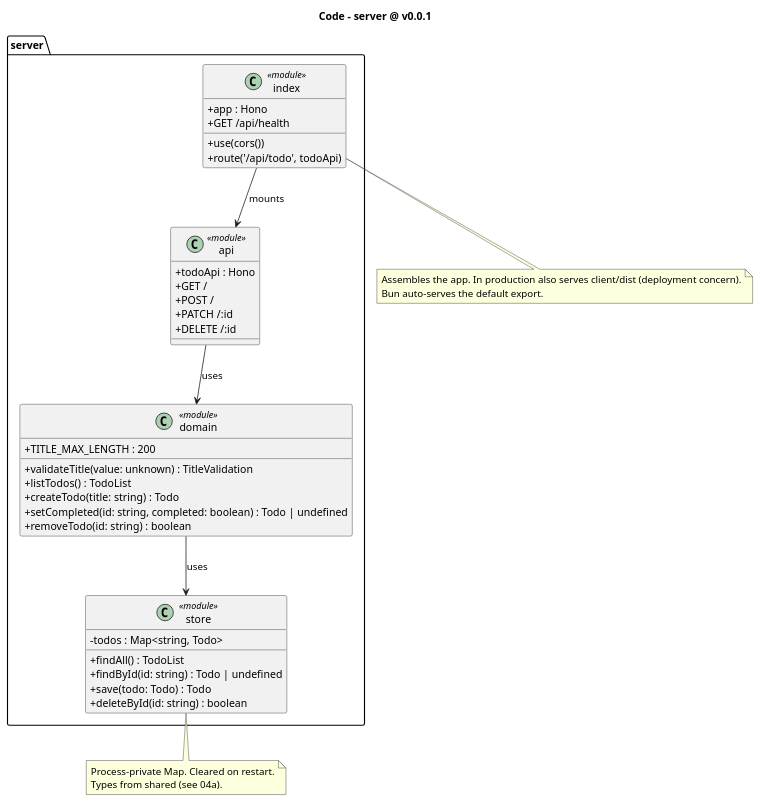
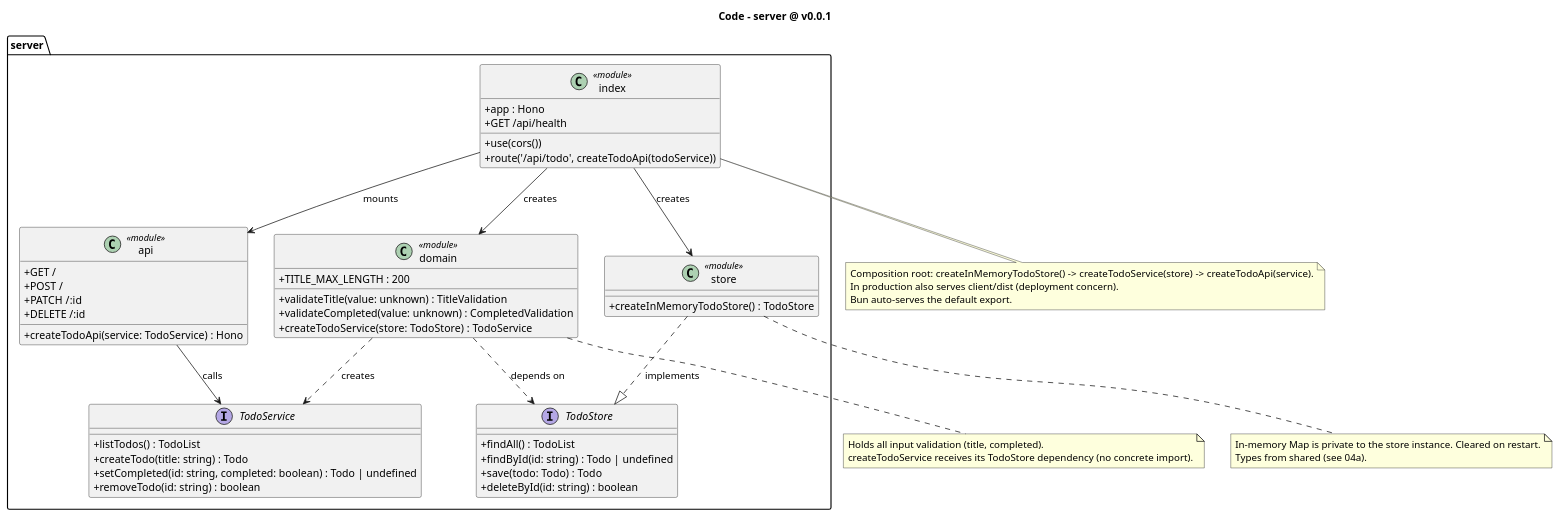
The diagram in docs/architecture/diagrams/04b-code-server.puml (MemoryIt/todo), drawn with PlantUML before and after one commit. The commit also changed 2 other files, not shown here.

Commit message:
docs(diagrams): sync server diagrams with domain/store decoupling
- 04b-code-server: model TodoStore/TodoService contracts, the store and
  service factories, and index.ts as the composition root.
- 03b-component-server: update the domain/store/api component
  descriptions and the composition-root note.
- 05b-dynamic-todo-crud: clarify that title (POST) and completed (PATCH)
  are validated in the domain.

```diff
--- a/docs/architecture/diagrams/04b-code-server.puml
+++ b/docs/architecture/diagrams/04b-code-server.puml
@@ -1,53 +1,71 @@
 @startuml
 title Code - server @ v0.0.1
 skinparam classAttributeIconSize 0
 
 package "server" {
-  class store <<module>> {
-    -todos : Map<string, Todo>
+  interface TodoStore {
     +findAll() : TodoList
     +findById(id: string) : Todo | undefined
     +save(todo: Todo) : Todo
     +deleteById(id: string) : boolean
   }
 
-  class domain <<module>> {
-    +TITLE_MAX_LENGTH : 200
-    +validateTitle(value: unknown) : TitleValidation
+  class store <<module>> {
+    +createInMemoryTodoStore() : TodoStore
+  }
+
+  interface TodoService {
     +listTodos() : TodoList
     +createTodo(title: string) : Todo
     +setCompleted(id: string, completed: boolean) : Todo | undefined
     +removeTodo(id: string) : boolean
   }
 
+  class domain <<module>> {
+    +TITLE_MAX_LENGTH : 200
+    +validateTitle(value: unknown) : TitleValidation
+    +validateCompleted(value: unknown) : CompletedValidation
+    +createTodoService(store: TodoStore) : TodoService
+  }
+
   class api <<module>> {
-    +todoApi : Hono
+    +createTodoApi(service: TodoService) : Hono
     +GET /
     +POST /
     +PATCH /:id
     +DELETE /:id
   }
 
   class index <<module>> {
     +app : Hono
     +use(cors())
-    +route('/api/todo', todoApi)
+    +route('/api/todo', createTodoApi(todoService))
     +GET /api/health
   }
 }
 
-domain --> store : uses
-api --> domain : uses
+store ..|> TodoStore : implements
+domain ..> TodoStore : depends on
+domain ..> TodoService : creates
+api --> TodoService : calls
+index --> store : creates
+index --> domain : creates
 index --> api : mounts
 
 note bottom of store
-  Process-private Map. Cleared on restart.
+  In-memory Map is private to the store instance. Cleared on restart.
   Types from shared (see 04a).
 end note
 
+note bottom of domain
+  Holds all input validation (title, completed).
+  createTodoService receives its TodoStore dependency (no concrete import).
+end note
+
 note bottom of index
-  Assembles the app. In production also serves client/dist (deployment concern).
+  Composition root: createInMemoryTodoStore() -> createTodoService(store) -> createTodoApi(service).
+  In production also serves client/dist (deployment concern).
   Bun auto-serves the default export.
 end note
 
 @enduml
```
